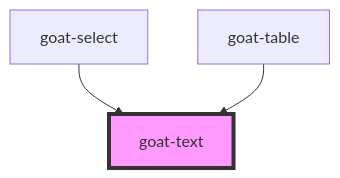
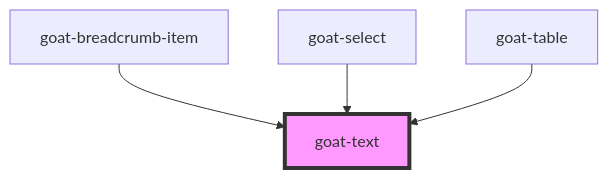
The diagram in src/components/content/text/readme.md (goatui/components), drawn with Mermaid before and after one commit. The commit also changed other lines of this file and 30 other files, not shown here.

````diff
--- a/src/components/content/text/readme.md
+++ b/src/components/content/text/readme.md
@@ -26,6 +27,7 @@
 ```mermaid
 graph TD;
+  goat-breadcrumb-item --> goat-text
   goat-select --> goat-text
   goat-table --> goat-text
   style goat-text fill:#f9f,stroke:#333,stroke-width:4px
 ```
````
